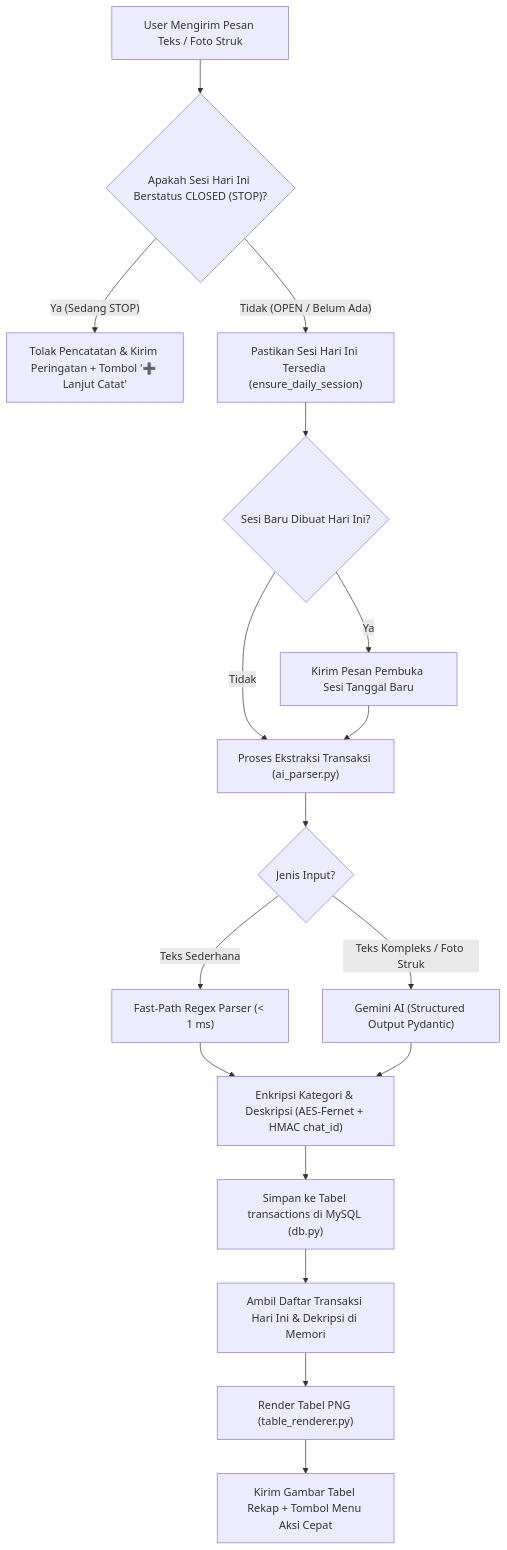
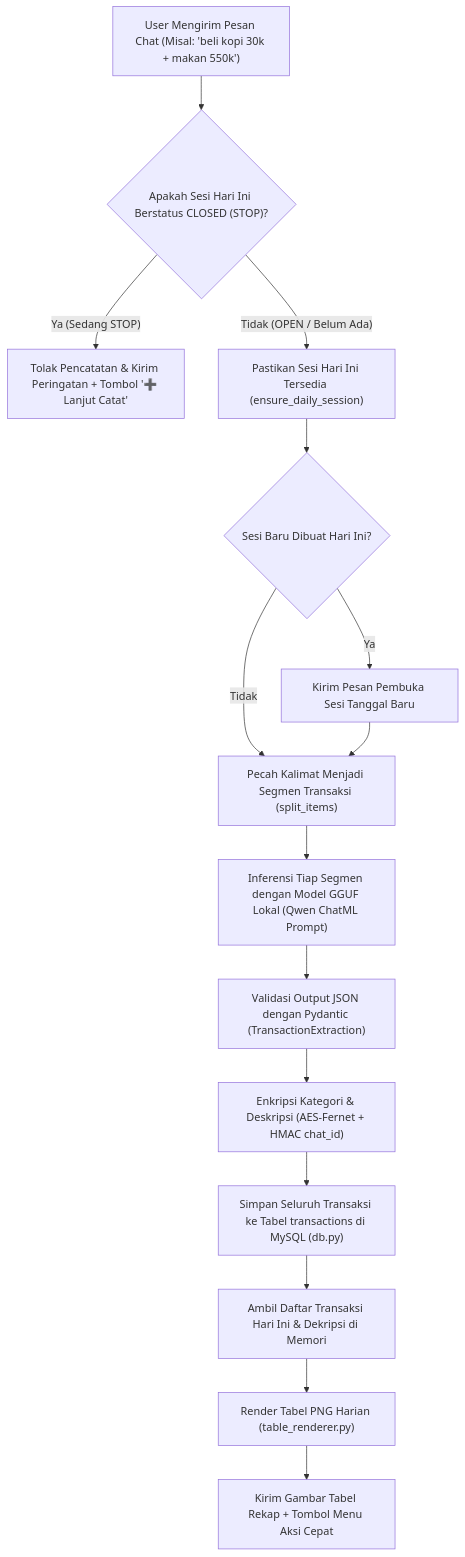
One commit to rafijadika/hematuangBot changed the diagram in README.md. Above: the diagram before and after it, drawn with Mermaid. The commit also changed other lines of this file and 7 other files, not shown here.

Commit message:
feat: migrate parser to local GGUF model and optimize Telegram polling stability

````diff
--- a/README.md
+++ b/README.md
@@ -50,19 +55,17 @@
 ```mermaid
 flowchart TD
-    A["User Mengirim Pesan Teks / Foto Struk"] --> B{"Apakah Sesi Hari Ini Berstatus CLOSED (STOP)?"}
+    A["User Mengirim Pesan Chat (Misal: 'beli kopi 30k + makan 550k')"] --> B{"Apakah Sesi Hari Ini Berstatus CLOSED (STOP)?"}
     B -- "Ya (Sedang STOP)" --> C["Tolak Pencatatan & Kirim Peringatan + Tombol '➕ Lanjut Catat'"]
     B -- "Tidak (OPEN / Belum Ada)" --> D["Pastikan Sesi Hari Ini Tersedia (ensure_daily_session)"]
     D --> E{"Sesi Baru Dibuat Hari Ini?"}
     E -- "Ya" --> F["Kirim Pesan Pembuka Sesi Tanggal Baru"]
-    E -- "Tidak" --> G["Proses Ekstraksi Transaksi (ai_parser.py)"]
+    E -- "Tidak" --> G["Pecah Kalimat Menjadi Segmen Transaksi (split_items)"]
     F --> G
-    G --> H{"Jenis Input?"}
-    H -- "Teks Sederhana" --> I["Fast-Path Regex Parser (< 1 ms)"]
-    H -- "Teks Kompleks / Foto Struk" --> J["Gemini AI (Structured Output Pydantic)"]
-    I --> K["Enkripsi Kategori & Deskripsi (AES-Fernet + HMAC chat_id)"]
-    J --> K
-    K --> L["Simpan ke Tabel transactions di MySQL (db.py)"]
-    L --> M["Ambil Daftar Transaksi Hari Ini & Dekripsi di Memori"]
-    M --> N["Render Tabel PNG (table_renderer.py)"]
-    N --> O["Kirim Gambar Tabel Rekap + Tombol Menu Aksi Cepat"]
+    G --> H["Inferensi Tiap Segmen dengan Model GGUF Lokal (Qwen ChatML Prompt)"]
+    H --> I["Validasi Output JSON dengan Pydantic (TransactionExtraction)"]
+    I --> J["Enkripsi Kategori & Deskripsi (AES-Fernet + HMAC chat_id)"]
+    J --> K["Simpan Seluruh Transaksi ke Tabel transactions di MySQL (db.py)"]
+    K --> L["Ambil Daftar Transaksi Hari Ini & Dekripsi di Memori"]
+    L --> M["Render Tabel PNG Harian (table_renderer.py)"]
+    M --> N["Kirim Gambar Tabel Rekap + Tombol Menu Aksi Cepat"]
 ```
````
